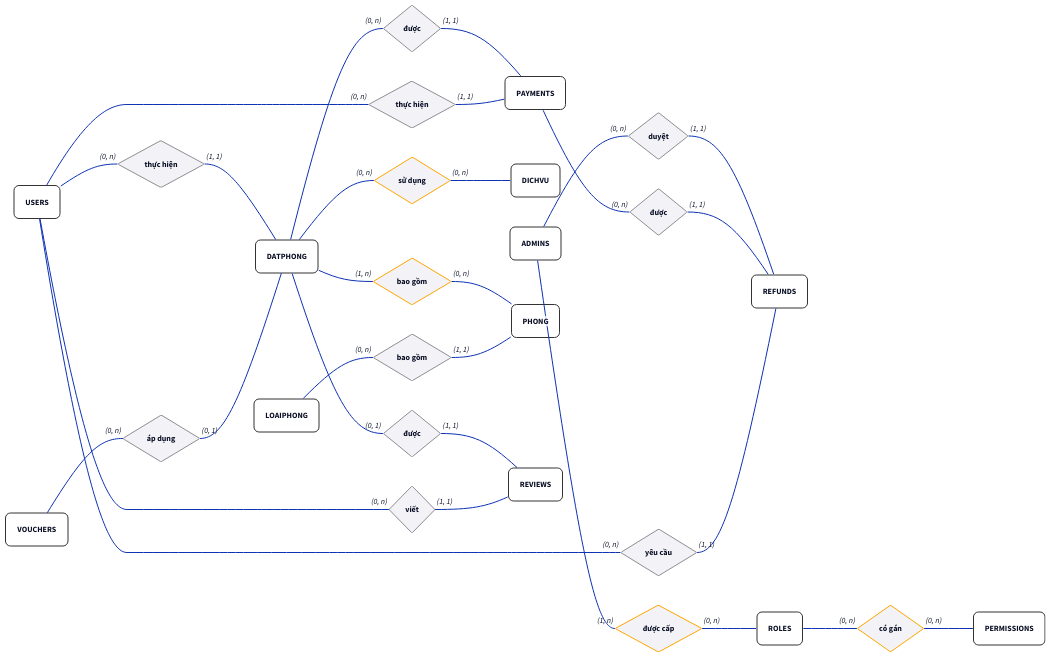
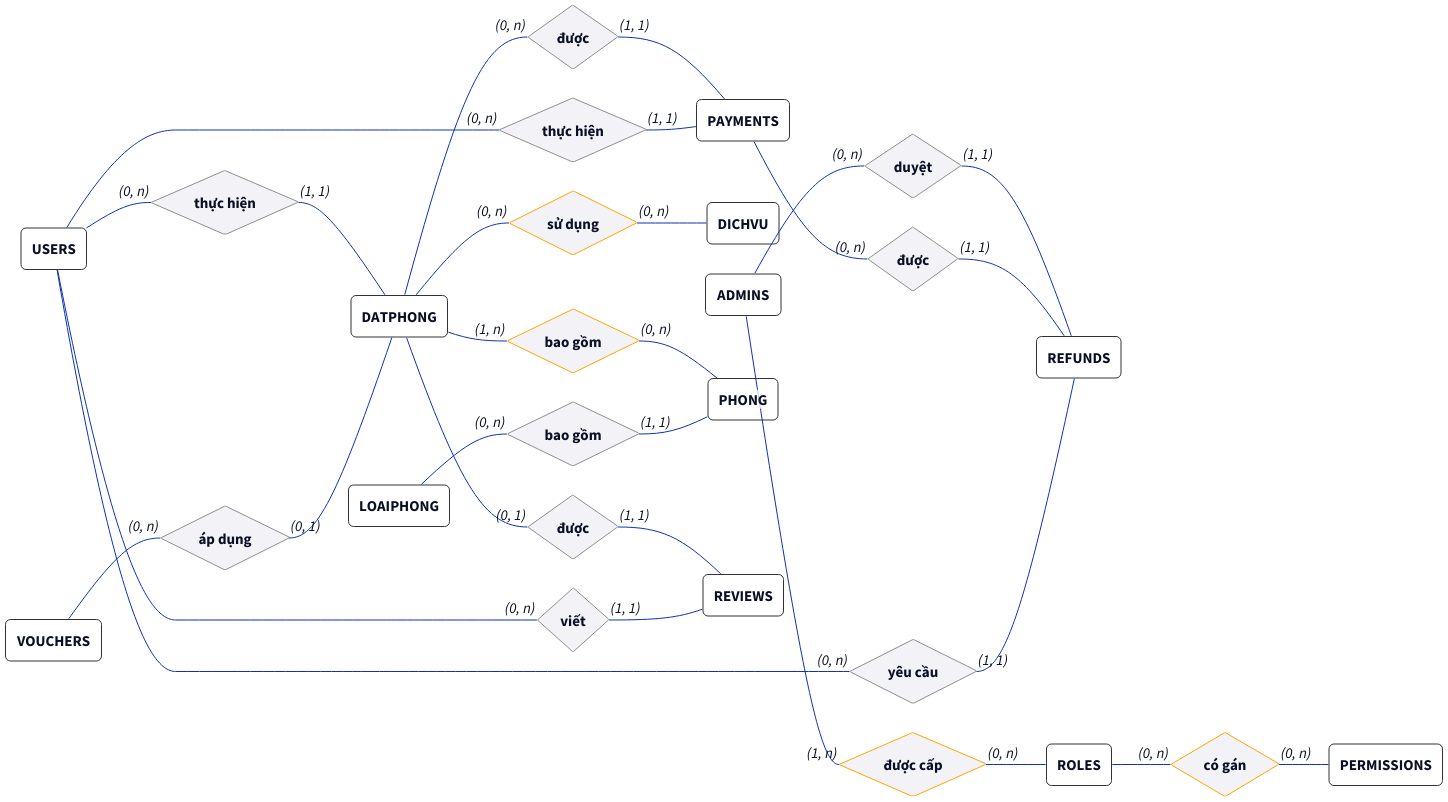
One commit to sam-uit/ie103-project-report changed the diagram in baocao/content/diagrams/ch02-concept-erd-simplify.d2. Above: the diagram before and after it, drawn with D2. The commit also changed 1 other file, not shown here.

Commit message:
ch02-concept-erd-simplify font.

```diff
--- a/baocao/content/diagrams/ch02-concept-erd-simplify.d2
+++ b/baocao/content/diagrams/ch02-concept-erd-simplify.d2
@@ -1,187 +1,188 @@
 direction: right
 
 # --- 0. STYLES ---
 style: {
   opacity: 0.0
   fill: transparent
+  font-size: 30
 }
 
 # --- 1. SETTINGS ---
 classes: {
   entity: {
     shape: rectangle
-    style: {border-radius: 10; fill: "#FFFFFF"; stroke: "#333333"}
+    style: {border-radius: 10; fill: "#FFFFFF"; stroke: "#333333"; font-size: 30}
   }
   rel: {
     shape: diamond
-    style: {fill: "#F2F2F7"; stroke: "#8E8E93"}
+    style: {fill: "#F2F2F7"; stroke: "#8E8E93"; font-size: 30}
   }
   attr: {
     shape: oval
     # width: 100; height: 50
     style: {fill: "#F0F8FF"; stroke: "#4682B4"; stroke-dash: 3}
   }
   attr_pri: {
     shape: oval
     style: {
       fill: "#F0F8FF"
       stroke: "#0d95de"
       stroke-width: 1
       underline: true
     }
   }
 }
 
 # --- 2. ENTITIES ---
 ADMINS: {class: entity; label: "ADMINS"}
 # admin_id: {class: attr_pri; label: "ID Admin"}
 # ADMINS -- admin_id: {style: {stroke: "#0d95de"; stroke-width: 1}}
 
 DATPHONG: {class: entity; label: "DATPHONG"}
 # datphong_id: {class: attr_pri; label: "ID Đặt Phòng"}
 # DATPHONG -- datphong_id: {style: {stroke: "#0d95de"; stroke-width: 1}}
 
 DICHVU: {class: entity; label: "DICHVU"}
 # dichvu_id: {class: attr_pri; label: "ID Dịch Vụ"}
 # DICHVU -- dichvu_id: {style: {stroke: "#0d95de"; stroke-width: 1}}
 
 LOAIPHONG: {class: entity; label: "LOAIPHONG"}
 # loaiphong_id: {class: attr_pri; label: "ID Loại Phòng"}
 # LOAIPHONG -- loaiphong_id: {style: {stroke: "#0d95de"; stroke-width: 1}}
 
 PAYMENTS: {class: entity; label: "PAYMENTS"}
 # payments_id: {class: attr_pri; label: "ID Thanh Toán"}
 # PAYMENTS -- payments_id: {style: {stroke: "#0d95de"; stroke-width: 1}}
 
 PERMISSIONS: {class: entity; label: "PERMISSIONS"}
 # permissions_id: {class: attr_pri; label: "ID Quyền Hạn"}
 # PERMISSIONS -- permissions_id: {style: {stroke: "#0d95de"; stroke-width: 1}}
 
 PHONG: {class: entity; label: "PHONG"}
 # phong_id: {class: attr_pri; label: "ID Phòng"}
 # PHONG -- phong_id: {style: {stroke: "#0d95de"; stroke-width: 1}}
 
 REFUNDS: {class: entity; label: "REFUNDS"}
 # refunds_id: {class: attr_pri; label: "ID Hoàn Tiền"}
 # REFUNDS -- refunds_id: {style: {stroke: "#0d95de"; stroke-width: 1}}
 
 REVIEWS: {class: entity; label: "REVIEWS"}
 # reviews_id: {class: attr_pri; label: "ID Đánh Giá"}
 # REVIEWS -- reviews_id: {style: {stroke: "#0d95de"; stroke-width: 1}}
 
 ROLES: {class: entity; label: "ROLES"}
 # roles_id: {class: attr_pri; label: "ID Vai Trò"}
 # ROLES -- roles_id: {style: {stroke: "#0d95de"; stroke-width: 1}}
 
 USERS: {class: entity; label: "USERS"}
 # users_id: {class: attr_pri; label: "ID Người Dùng"}
 # USERS -- users_id: {style: {stroke: "#0d95de"; stroke-width: 1}}
 
 VOUCHERS: {class: entity; label: "VOUCHERS"}
 # vouchers_id: {class: attr_pri; label: "ID Voucher"}
 # VOUCHERS -- vouchers_id: {style: {stroke: "#0d95de"; stroke-width: 1}}
 
 # --- 3. RELATIONSHIPS ---
 # ngôn ngữ "tự nhiên"
 
 # ADMINS -> REFUNDS: duyệt (1-n)
 # Admins có thể duyệt tối thiểu 0 và tối đa n lần hoàn tiền.
 # Một hoàn tiền có và chỉ có 1 admin duyệt.
 admins_refunds: {class: rel; label: "duyệt"}
-ADMINS -- admins_refunds: {target-arrowhead.label: "(0, n)"}
-admins_refunds -- REFUNDS: {source-arrowhead.label: "(1, 1)"}
+ADMINS -- admins_refunds: {target-arrowhead.label: "(0, n)"; style: {font-size: 30}}
+admins_refunds -- REFUNDS: {source-arrowhead.label: "(1, 1)"; style: {font-size: 30}}
 
 # ADMINS -> ROLES: được cấp (n-n)
 # n - n: viền cam
 # Một admin phải có tối thiểu 1 và tối đa n role được gán.
 # Một role có tối thiểu 0 và tối đa n admin được gán.
 admins_roles: {class: rel; label: "được cấp"; style: {stroke: orange}}
-ADMINS -- admins_roles: {target-arrowhead.label: "(1, n)"}
-admins_roles -- ROLES: {source-arrowhead.label: "(0, n)"}
+ADMINS -- admins_roles: {target-arrowhead.label: "(1, n)"; style: {font-size: 30}}
+admins_roles -- ROLES: {source-arrowhead.label: "(0, n)"; style: {font-size: 30}}
 
 # DATPHONG -> DICHVU: sử dụng (n-n)
 # Một đơn đặt phòng có thể có tối thiểu 0 và tối đa n dịch vụ đi kèm.
 # Một dịch vụ đi kèm có thể được sử dụng tối thiểu 0 và tối đa n đơn đặt phòng.
 datphong_dichvu: {class: rel; label: "sử dụng"; style: {stroke: orange}}
-DATPHONG -- datphong_dichvu: {target-arrowhead.label: "(0, n)"}
-datphong_dichvu -- DICHVU: {source-arrowhead.label: "(0, n)"}
+DATPHONG -- datphong_dichvu: {target-arrowhead.label: "(0, n)"; style: {font-size: 30}}
+datphong_dichvu -- DICHVU: {source-arrowhead.label: "(0, n)"; style: {font-size: 30}}
 
 # DATPHONG -> PAYMENTS: được (1-n)
 # Một đơn đặt phòng có tối thiểu 0 và tối đa n thanh toán.
 # Một thanh toán có và chỉ có 1 đơn đặt phòng.
 datphong_payments: {class: rel; label: "được"}
-DATPHONG -- datphong_payments: {target-arrowhead.label: "(0, n)"}
-datphong_payments -- PAYMENTS: {source-arrowhead.label: "(1, 1)"}
+DATPHONG -- datphong_payments: {target-arrowhead.label: "(0, n)"; style: {font-size: 30}}
+datphong_payments -- PAYMENTS: {source-arrowhead.label: "(1, 1)"; style: {font-size: 30}}
 
 # DATPHONG -> PHONG: bao gồm (1-n)
 # Một đơn đặt phòng có tối thiểu 1 và tối đa n phòng.
 # Một phòng có tối thiểu 0 và tối đa n đơn đặt phòng.
 datphong_phong: {class: rel; label: "bao gồm"; style: {stroke: orange}}
-DATPHONG -- datphong_phong: {target-arrowhead.label: "(1, n)"}
-datphong_phong -- PHONG: {source-arrowhead.label: "(0, n)"}
+DATPHONG -- datphong_phong: {target-arrowhead.label: "(1, n)"; style: {font-size: 30}}
+datphong_phong -- PHONG: {source-arrowhead.label: "(0, n)"; style: {font-size: 30}}
 
 # DATPHONG -> REVIEWS: được (1-1)
 # Một đơn đặt phòng có tối thiểu 0 và tối đa 1 đánh giá.
 # Một đánh giá thuộc và chỉ thuộc 1 đơn đặt phòng.
 datphong_reviews: {class: rel; label: "được"}
-DATPHONG -- datphong_reviews: {target-arrowhead.label: "(0, 1)"}
-datphong_reviews -- REVIEWS: {source-arrowhead.label: "(1, 1)"}
+DATPHONG -- datphong_reviews: {target-arrowhead.label: "(0, 1)"; style: {font-size: 30}}
+datphong_reviews -- REVIEWS: {source-arrowhead.label: "(1, 1)"; style: {font-size: 30}}
 
 # LOAIPHONG <- PHONG: thuộc
 # Một loại phòng có tối thiểu 0 và tối đa n phòng.
 # Một phòng thuộc và chỉ thuộc 1 loại phòng.
 loaiphong_phong: {class: rel; label: "bao gồm"}
-LOAIPHONG -- loaiphong_phong: {target-arrowhead.label: "(0, n)"}
-loaiphong_phong -- PHONG: {source-arrowhead.label: "(1, 1)"}
+LOAIPHONG -- loaiphong_phong: {target-arrowhead.label: "(0, n)"; style: {font-size: 30}}
+loaiphong_phong -- PHONG: {source-arrowhead.label: "(1, 1)"; style: {font-size: 30}}
 
 # PAYMENTS -> REFUNDS: được
 # Một thanh toán có tối thiểu 0 và tối đa n hoàn tiền.
 # Một hoàn tiền được và chỉ được tạo từ 1 thanh toán.
 payments_refunds: {class: rel; label: "được"}
-PAYMENTS -- payments_refunds: {target-arrowhead.label: "(0, n)"}
-payments_refunds -- REFUNDS: {source-arrowhead.label: "(1, 1)"}
+PAYMENTS -- payments_refunds: {target-arrowhead.label: "(0, n)"; style: {font-size: 30}}
+payments_refunds -- REFUNDS: {source-arrowhead.label: "(1, 1)"; style: {font-size: 30}}
 
 # ROLES -> PERMISSIONS: có gán (n-n)
 # Một vai trò có tối thiểu 0 và tối đa n quyền hạn.
 # Một quyền hạn có tối thiểu 0 và tối đa n vai trò.
 roles_permissions: {class: rel; label: "có gán"; style: {stroke: orange}}
-ROLES -- roles_permissions: {target-arrowhead.label: "(0, n)"}
-roles_permissions -- PERMISSIONS: {source-arrowhead.label: "(0, n)"}
+ROLES -- roles_permissions: {target-arrowhead.label: "(0, n)"; style: {font-size: 30}}
+roles_permissions -- PERMISSIONS: {source-arrowhead.label: "(0, n)"; style: {font-size: 30}}
 
 # USERS -> DATPHONG: thực hiện (1-n)
 # Một user có tối thiểu 0, và tối đa n đặt phòng
 # Một đặt phòng có và chỉ có 1 user
 users_datphong: {class: rel; label: "thực hiện"}
-USERS -- users_datphong: {target-arrowhead.label: "(0, n)"}
-users_datphong -- DATPHONG: {source-arrowhead.label: "(1, 1)"}
+USERS -- users_datphong: {target-arrowhead.label: "(0, n)"; style: {font-size: 30}}
+users_datphong -- DATPHONG: {source-arrowhead.label: "(1, 1)"; style: {font-size: 30}}
 
 # USERS -> PAYMENTS: thực hiện (1-n)
 # Một user có tối thiểu 0, và tối đa n thanh toán.
 # Một thanh toán có và chỉ có 1 user
 users_payment: {class: rel; label: "thực hiện"}
-USERS -- users_payment: {target-arrowhead.label: "(0, n)"}
-users_payment -- PAYMENTS: {source-arrowhead.label: "(1, 1)"}
+USERS -- users_payment: {target-arrowhead.label: "(0, n)"; style: {font-size: 30}}
+users_payment -- PAYMENTS: {source-arrowhead.label: "(1, 1)"; style: {font-size: 30}}
 
 # USERS -> REFUNDS: yêu cầu (1-n)
 # Một user có tối thiểu 0, và tối đa n yêu cầu hoàn tiền.
 # Một yêu cầu hoàn tiền có và chỉ có 1 user.
 users_refunds: {class: rel; label: "yêu cầu"}
-USERS -- users_refunds: {target-arrowhead.label: "(0, n)"}
-users_refunds -- REFUNDS: {source-arrowhead.label: "(1, 1)"}
+USERS -- users_refunds: {target-arrowhead.label: "(0, n)"; style: {font-size: 30}}
+users_refunds -- REFUNDS: {source-arrowhead.label: "(1, 1)"; style: {font-size: 30}}
 
 # USERS -> REVIEWS: viết (1-n)
 # Một user có tối thiểu 0, và tối đa n đánh giá.
 # Một đánh giá có tối thiểu 1 tối đa 1 user.
 users_reviews: {class: rel; label: "viết"}
-USERS -- users_reviews: {target-arrowhead.label: "(0, n)"}
-users_reviews -- REVIEWS: {source-arrowhead.label: "(1, 1)"}
+USERS -- users_reviews: {target-arrowhead.label: "(0, n)"; style: {font-size: 30}}
+users_reviews -- REVIEWS: {source-arrowhead.label: "(1, 1)"; style: {font-size: 30}}
 
 # VOUCHERS -> DATPHONG: áp dụng (1-n)
 # Một mã giảm giá có tối thiểu 0, và tối đa n đơn đặt phòng.
 # Một đơn đặt phòng có tối thiểu 0, và tối đa 1 mã giảm giá áp dụng.
 vouchers_datphong: {class: rel; label: "áp dụng"}
-VOUCHERS -- vouchers_datphong: {target-arrowhead.label: "(0, n)"}
-vouchers_datphong -- DATPHONG: {source-arrowhead.label: "(0, 1)"}
+VOUCHERS -- vouchers_datphong: {target-arrowhead.label: "(0, n)"; style: {font-size: 30}}
+vouchers_datphong -- DATPHONG: {source-arrowhead.label: "(0, 1)"; style: {font-size: 30}}
 
 # 4. Bảng Số
 # Tách riêng cho dễ cập nhật và quản lý.
```
